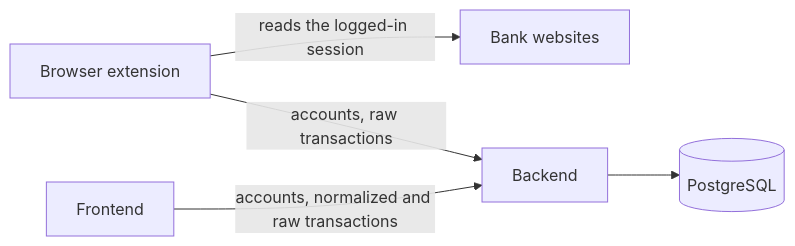
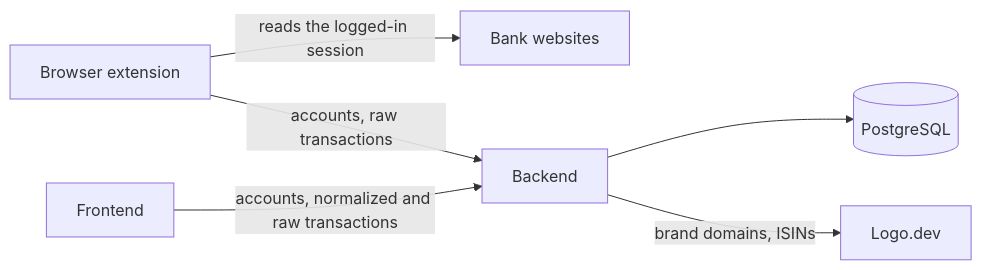
The first of 5 diagrams in docs/architecture.md (lennartmoeller/finance-tracker), drawn with Mermaid before and after one commit. The commit also changed other lines of this file and 17 other files, not shown here.

````diff
--- a/docs/architecture.md
+++ b/docs/architecture.md
@@ -5,12 +5,14 @@
 ```mermaid
 flowchart LR
   websites["Bank websites"]
   extension["Browser extension"]
   frontend["Frontend"]
   backend["Backend"]
   postgres[("PostgreSQL")]
+  logodev["Logo.dev"]
   extension -- "reads the logged-in session" --> websites
   extension -- "accounts, raw transactions" --> backend
   frontend -- "accounts, normalized and raw transactions" --> backend
   backend --> postgres
+  backend -- "brand domains, ISINs" --> logodev
 ```
````
